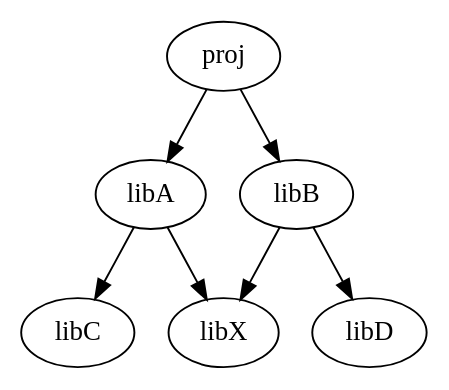
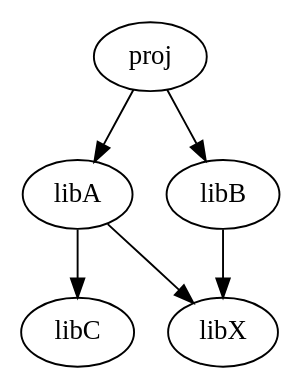
One commit to ryppl/__legacy changed the diagram in source/ryppl/highlevelscenarios.rst. Above: the diagram before and after it, drawn with Graphviz. The commit also changed other lines of this file, not shown here.

```diff
--- a/source/ryppl/highlevelscenarios.rst
+++ b/source/ryppl/highlevelscenarios.rst
@@ -16,8 +16,7 @@
 .. digraph:: lib_dependencies
 
    "libA" -> "libC"
    "libA" -> "libX"
    "libB" -> "libX"
-   "libB" -> "libD"
    "proj" -> "libA"
    "proj" -> "libB"
```
